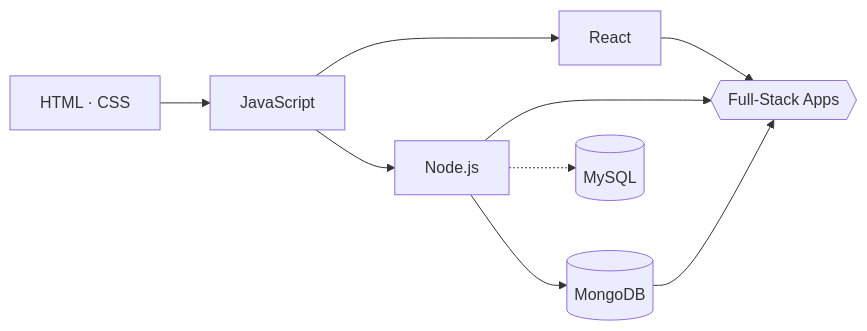
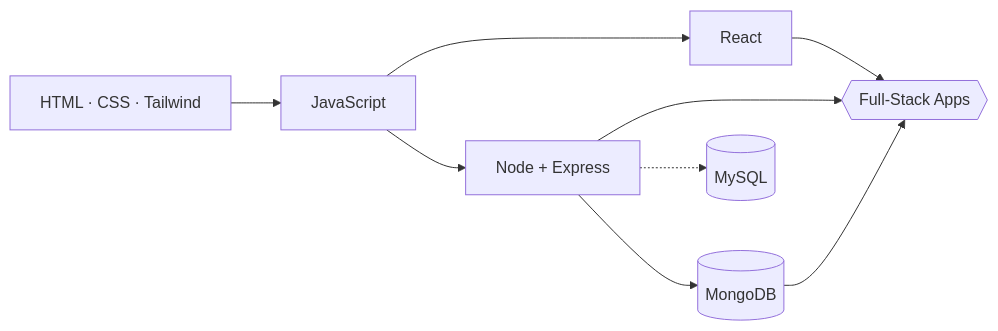
Before and after one commit to ipe-asmaul/ipe-asmaul: the diagram in README.md, drawn with Mermaid. The commit also changed other lines of this file, not shown here.

````diff
--- a/README.md
+++ b/README.md
@@ -108,11 +96,11 @@
 ```mermaid
 flowchart LR
-    A[HTML · CSS] --> B[JavaScript]
+    A[HTML · CSS · Tailwind] --> B[JavaScript]
     B --> C[React]
-    B --> D[Node.js]
+    B --> D[Node + Express]
     D --> E[(MongoDB)]
     D -.-> F[(MySQL)]
     C --> G{{Full-Stack Apps}}
     D --> G
     E --> G
 ```
````
